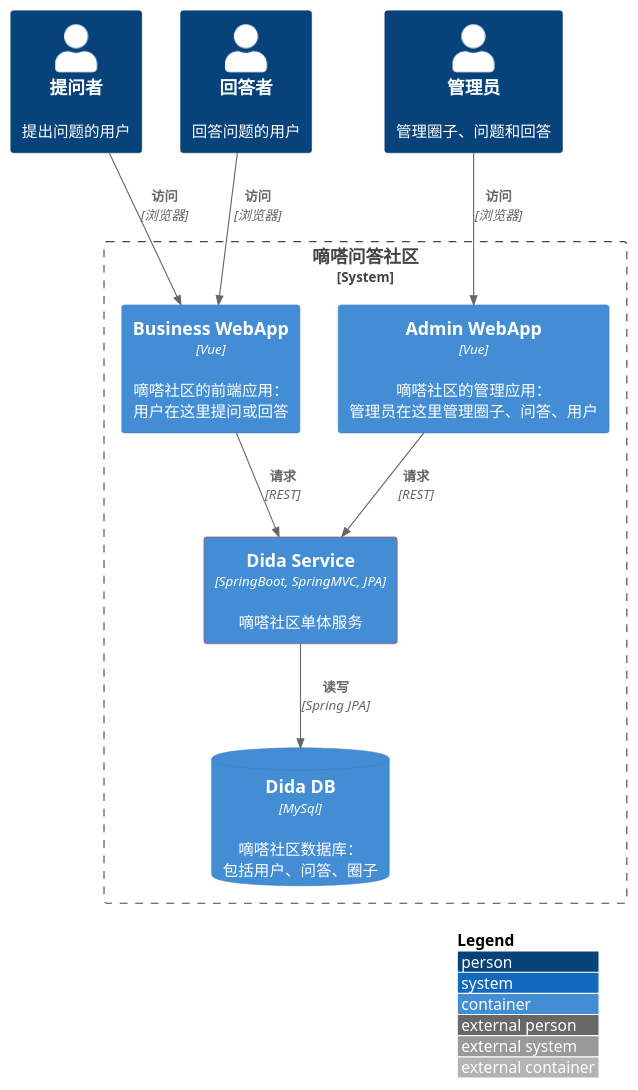
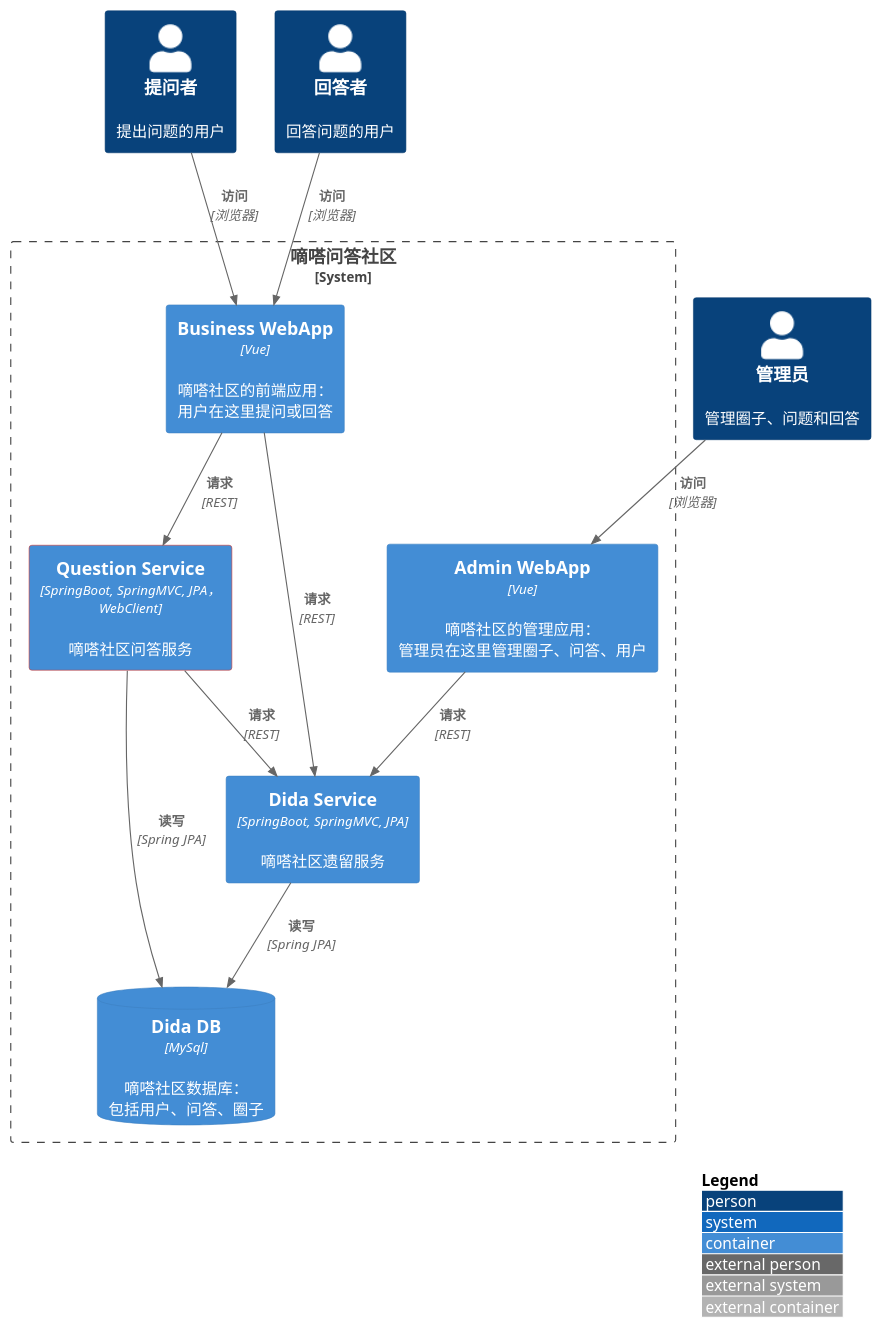
The diagram in c4models/didaqa_container.puml (qinyu/ddd-lite-example), drawn with PlantUML before and after one commit. The commit also changed 1 other file, not shown here.

```diff
--- a/c4models/didaqa_container.puml
+++ b/c4models/didaqa_container.puml
@@ -1,27 +1,33 @@
 @startuml
 !include includes/C4_Container.puml
 LAYOUT_WITH_LEGEND()
 
 AddElementTag("covered", $borderColor="#d73027")
 
 Person(QuestionSubmitter, "提问者", "提出问题的用户")
 Person(AnswerProvider, "回答者", "回答问题的用户")
 Person(Admin, "管理员", "管理圈子、问题和回答")
 
 System_Boundary(didaqa, "嘀嗒问答社区") {
     Container(DidaBusinessWeb, "Business WebApp", "Vue", "嘀嗒社区的前端应用：用户在这里提问或回答")
     Container(DidaAdminWeb, "Admin WebApp", "Vue", "嘀嗒社区的管理应用：管理员在这里管理圈子、问答、用户")
-    Container(DidaApi, "Dida Service", "SpringBoot, SpringMVC, JPA", "嘀嗒社区单体服务", $tags="covered", $link="./didaqa_component.puml")
+    Container(DidaService, "Dida Service", "SpringBoot, SpringMVC, JPA", "嘀嗒社区遗留服务", $link="./didaqa_component.puml")
+    Container(QuestionService, "Question Service", "SpringBoot, SpringMVC, JPA，WebClient", "嘀嗒社区问答服务", $tags="covered", $link="./didaqa_component.puml")
     ContainerDb(DidaDb, "Dida DB", "MySql", "嘀嗒社区数据库：包括用户、问答、圈子")
 }
 
 Rel(QuestionSubmitter, DidaBusinessWeb, "访问", "浏览器")
 Rel(AnswerProvider, DidaBusinessWeb, "访问", "浏览器")
 Rel(Admin, DidaAdminWeb, "访问", "浏览器")
 
-Rel(DidaBusinessWeb, DidaApi, "请求", "REST")
-Rel(DidaAdminWeb, DidaApi, "请求", "REST")
+Rel(DidaBusinessWeb, DidaService, "请求", "REST")
+Rel(DidaAdminWeb, DidaService, "请求", "REST")
+Rel(DidaBusinessWeb, QuestionService, "请求", "REST")
+Rel(QuestionService, DidaService, "请求", "REST")
 
-Rel(DidaApi, DidaDb, "读写", "Spring JPA")
+Rel(DidaService, DidaDb, "读写", "Spring JPA")
+Rel(QuestionService, DidaDb, "读写", "Spring JPA")
+
+
 
 @enduml
```
